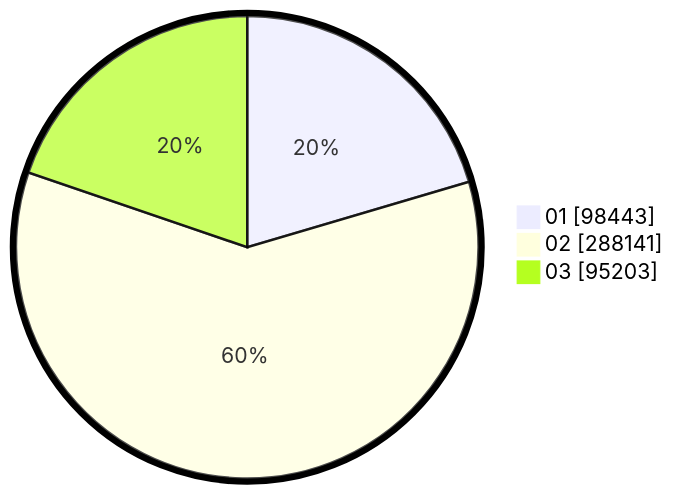
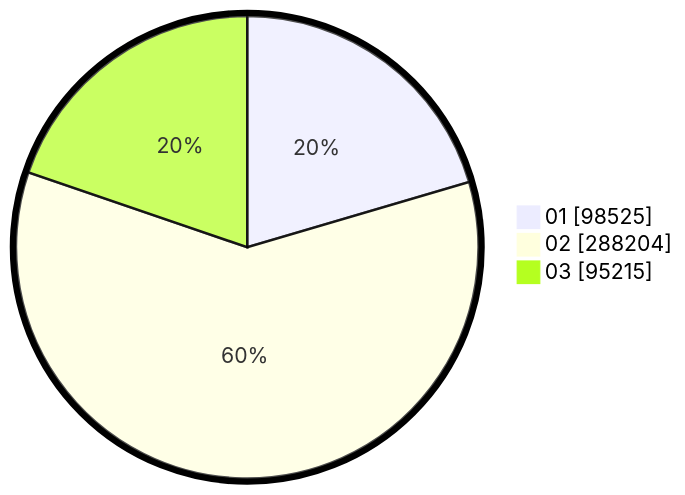
Before and after one commit to gigit-pemilu/pemilu-2024: the second of 2 diagrams in pilpres/hitung-suara/sub/table-wilayah-99.md, drawn with Mermaid. The commit also changed other lines of this file and 6 other files, not shown here.

````diff
--- a/pilpres/hitung-suara/sub/table-wilayah-99.md
+++ b/pilpres/hitung-suara/sub/table-wilayah-99.md
@@ -15,7 +15,7 @@
 ```mermaid
 %%{init: {"pie": {"textPosition": 0.5}, "themeVariables": {"pieOuterStrokeWidth": "5px"}} }%%
 pie showData
-    "01" : 98443
-    "02" : 288141
-    "03" : 95203
+    "01" : 98525
+    "02" : 288204
+    "03" : 95215
 ```
````
